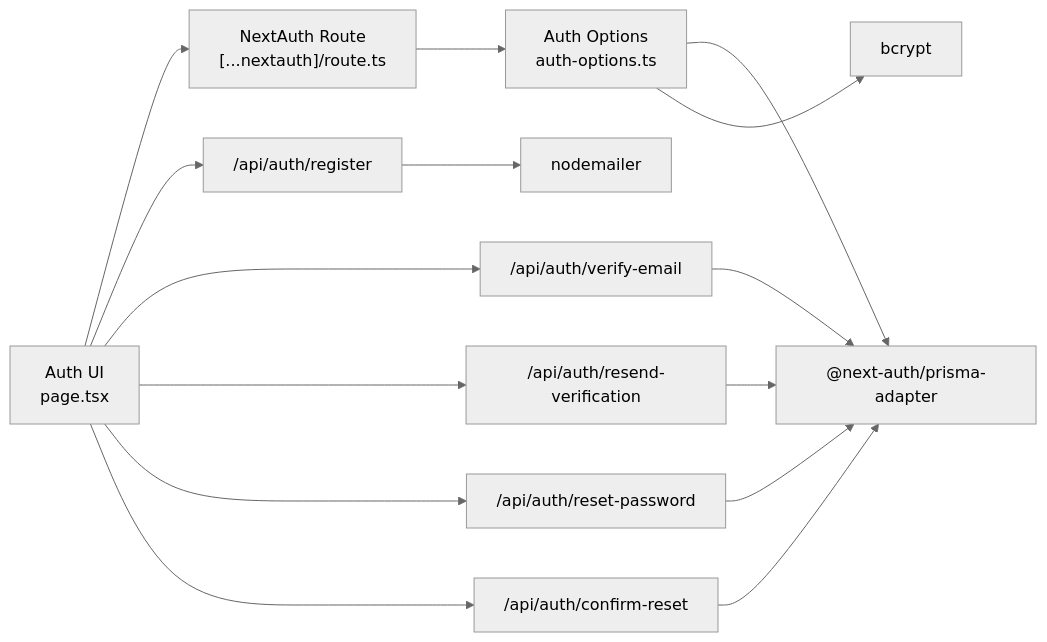
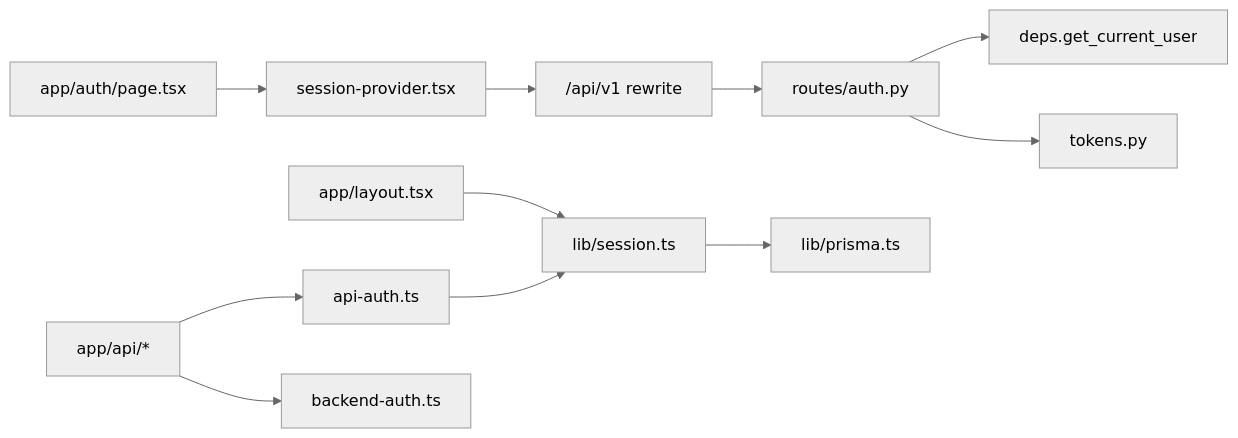
Before and after one commit to tashifkhan/tashif.codes: the third of 3 diagrams in src/data/docs/talentsync/Authentication & Authorization.md, drawn with Mermaid (neutral theme). The commit also changed other lines of this file and 2128 other files, not shown here.

First line of the commit message:
docs: replace raster diagram images with native Mermaid across project guides

````diff
--- a/src/data/docs/talentsync/Authentication & Authorization.md
+++ b/src/data/docs/talentsync/Authentication & Authorization.md
@@ -266,17 +154,13 @@
 ```mermaid
 graph LR
-UI["Auth UI<br/>page.tsx"] --> NA_Route["NextAuth Route<br/>[...nextauth]/route.ts"]
-NA_Route --> NA_Config["Auth Options<br/>auth-options.ts"]
-NA_Config --> Prisma["@next-auth/prisma-adapter"]
-NA_Config --> Bcrypt["bcrypt"]
-UI --> API_Reg["/api/auth/register"]
-UI --> API_Ver["/api/auth/verify-email"]
-UI --> API_Resend["/api/auth/resend-verification"]
-UI --> API_Reset["/api/auth/reset-password"]
-UI --> API_Confirm["/api/auth/confirm-reset"]
-API_Reg --> Nodemailer["nodemailer"]
-API_Ver --> Prisma
-API_Resend --> Prisma
-API_Reset --> Prisma
-API_Confirm --> Prisma
+UI["app/auth/page.tsx"] --> SP["session-provider.tsx"]
+SP --> RW["/api/v1 rewrite"]
+RW --> AUTH["routes/auth.py"]
+LAYOUT["app/layout.tsx"] --> SESS["lib/session.ts"]
+SESS --> PRISMA["lib/prisma.ts"]
+BFF["app/api/*"] --> REQ["api-auth.ts"]
+REQ --> SESS
+BFF --> MINT["backend-auth.ts"]
+AUTH --> DEPS["deps.get_current_user"]
+AUTH --> TOK["tokens.py"]
 ```
````
